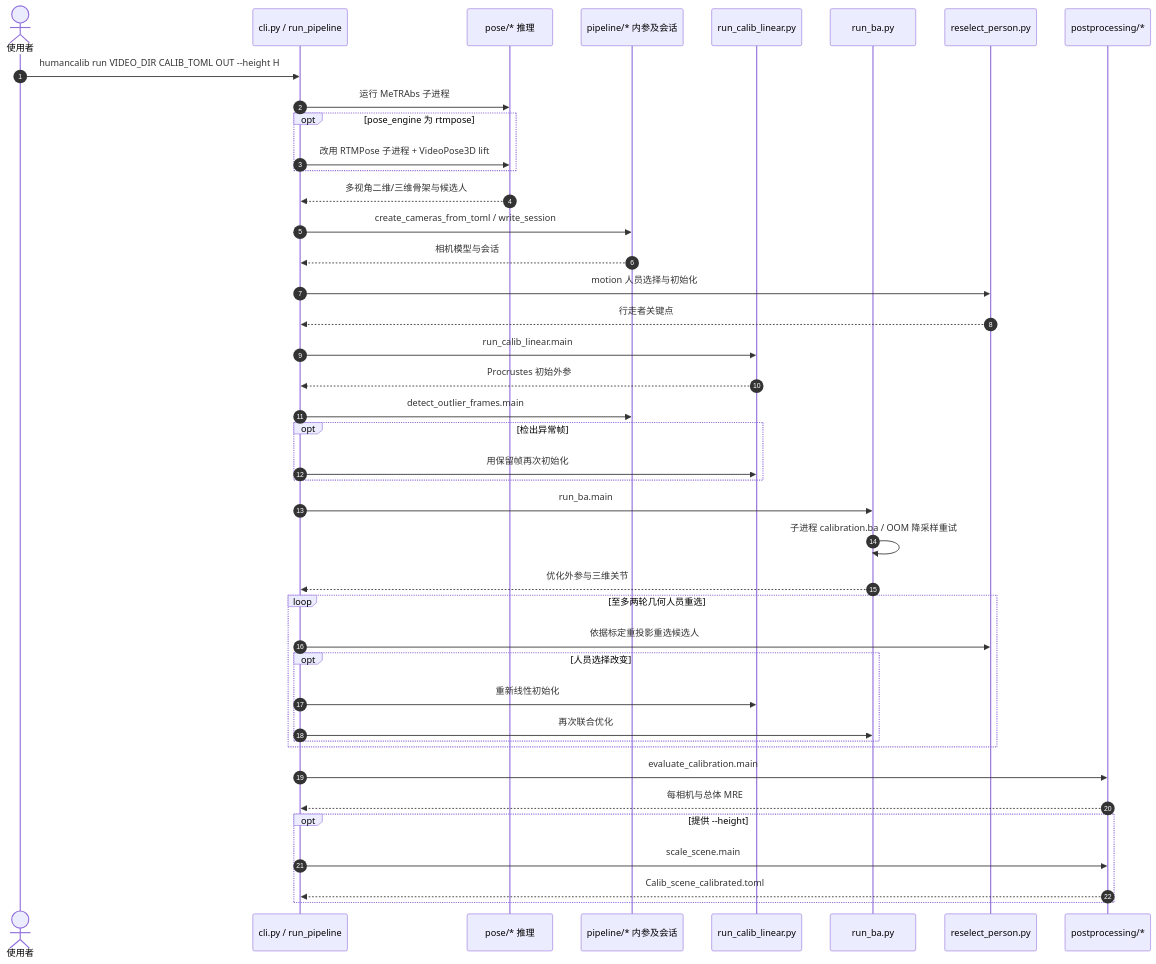
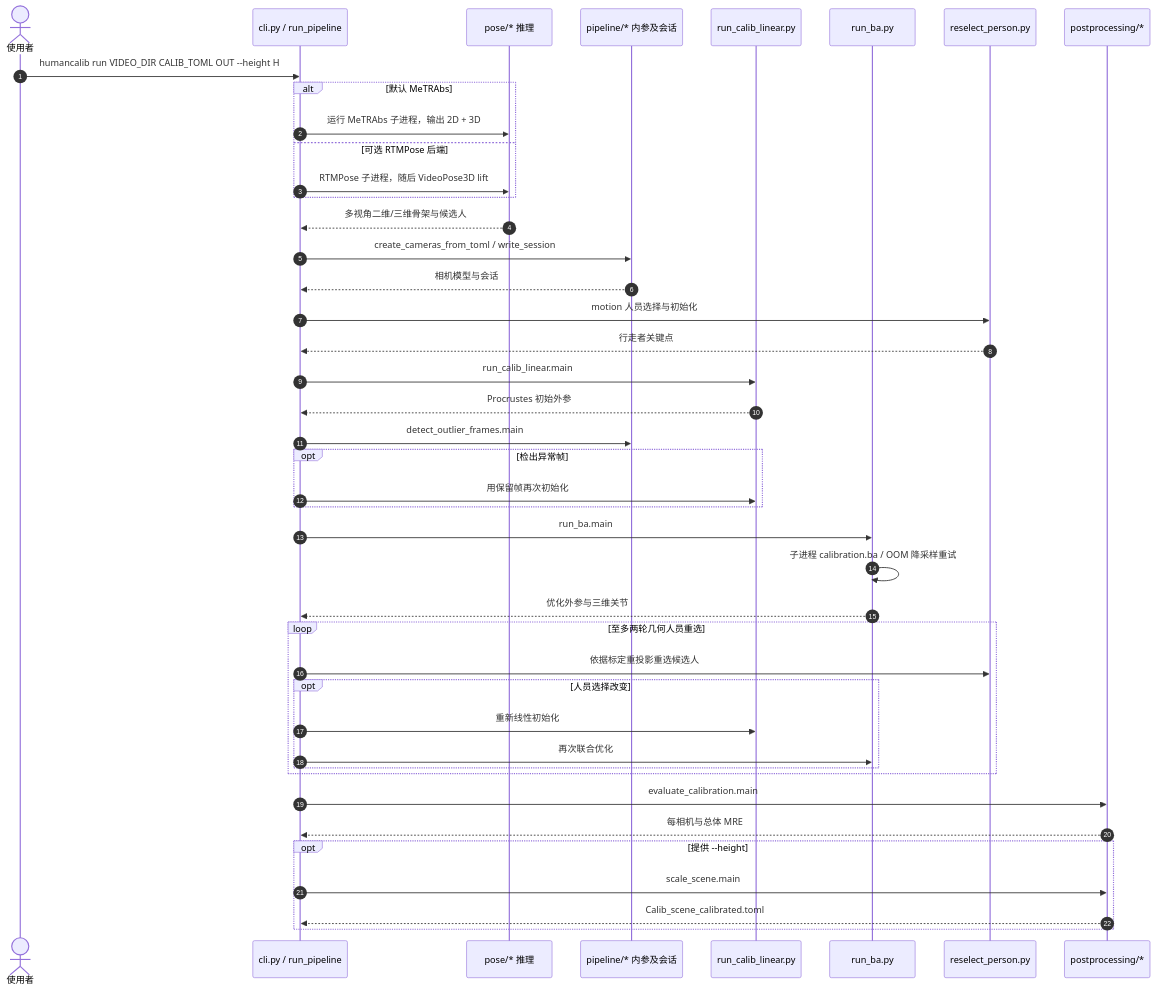
The second of 2 diagrams in wiki/entities/humancalib.md (ImChong/Robotics_Notebooks), drawn with Mermaid before and after one commit.

Commit message:
fix(wiki): 明确 HumanCalib 两种姿态引擎互斥运行

````diff
--- a/wiki/entities/humancalib.md
+++ b/wiki/entities/humancalib.md
@@ -83,44 +83,45 @@
 ```mermaid
 sequenceDiagram
     autonumber
     actor U as 使用者
     participant CLI as cli.py / run_pipeline
     participant POSE as pose/* 推理
     participant CAM as pipeline/* 内参及会话
     participant LIN as run_calib_linear.py
     participant BA as run_ba.py
     participant RE as reselect_person.py
     participant POST as postprocessing/*
     U->>CLI: humancalib run VIDEO_DIR CALIB_TOML OUT --height H
-    CLI->>POSE: 运行 MeTRAbs 子进程
-    opt pose_engine 为 rtmpose
-      CLI->>POSE: 改用 RTMPose 子进程 + VideoPose3D lift
+    alt 默认 MeTRAbs
+      CLI->>POSE: 运行 MeTRAbs 子进程，输出 2D + 3D
+    else 可选 RTMPose 后端
+      CLI->>POSE: RTMPose 子进程，随后 VideoPose3D lift
     end
     POSE-->>CLI: 多视角二维/三维骨架与候选人
     CLI->>CAM: create_cameras_from_toml / write_session
     CAM-->>CLI: 相机模型与会话
     CLI->>RE: motion 人员选择与初始化
     RE-->>CLI: 行走者关键点
     CLI->>LIN: run_calib_linear.main
     LIN-->>CLI: Procrustes 初始外参
     CLI->>CAM: detect_outlier_frames.main
     opt 检出异常帧
       CLI->>LIN: 用保留帧再次初始化
     end
     CLI->>BA: run_ba.main
     BA->>BA: 子进程 calibration.ba / OOM 降采样重试
     BA-->>CLI: 优化外参与三维关节
     loop 至多两轮几何人员重选
       CLI->>RE: 依据标定重投影重选候选人
       opt 人员选择改变
         CLI->>LIN: 重新线性初始化
         CLI->>BA: 再次联合优化
       end
     end
     CLI->>POST: evaluate_calibration.main
     POST-->>CLI: 每相机与总体 MRE
     opt 提供 --height
       CLI->>POST: scale_scene.main
       POST-->>CLI: Calib_scene_calibrated.toml
     end
 ```
````
